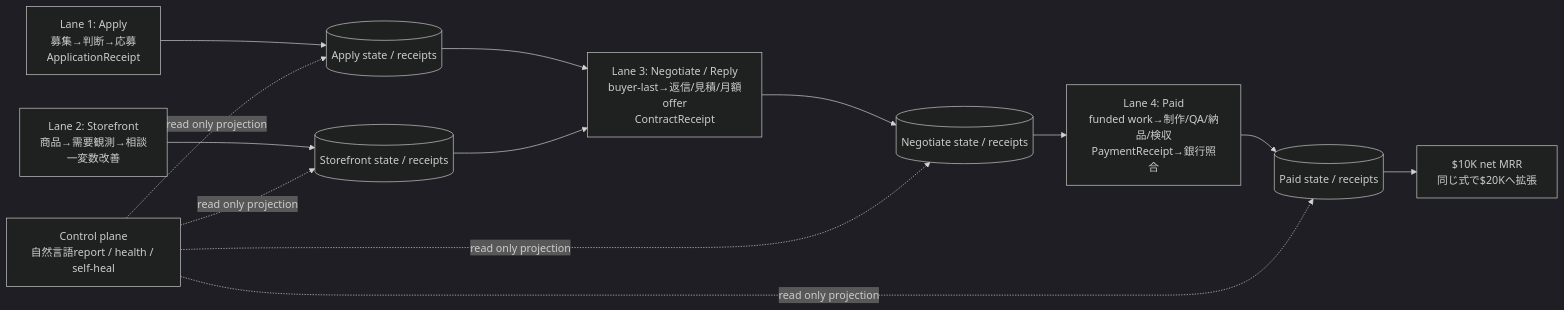
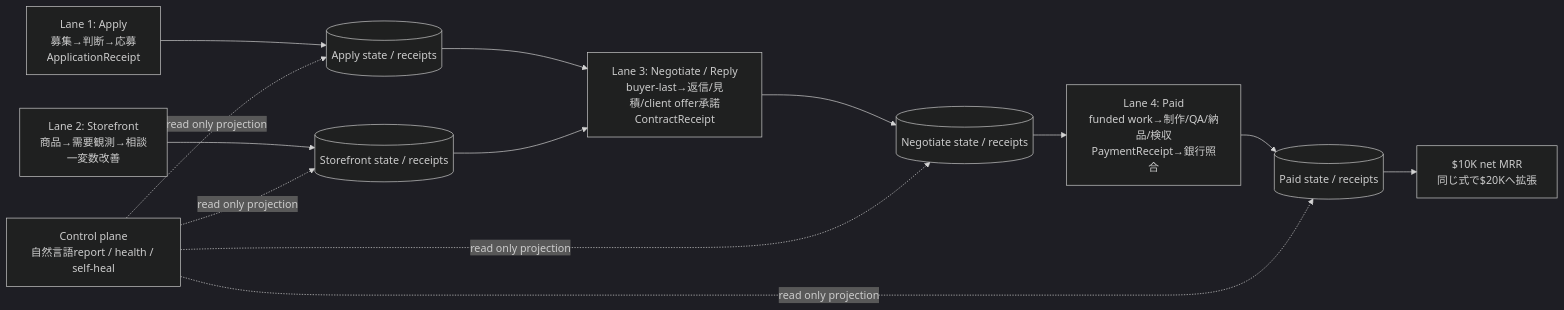
The fifth of 5 diagrams in docs/superpowers/specs/2026-08-13-lancers-20k-net-mrr-design.md (Daisuke134/anicca), drawn with Mermaid (dark theme) before and after one commit. The commit also changed other lines of this file, not shown here.

Commit message:
docs(lancers): align contract direction

````diff
--- a/docs/superpowers/specs/2026-08-13-lancers-20k-net-mrr-design.md
+++ b/docs/superpowers/specs/2026-08-13-lancers-20k-net-mrr-design.md
@@ -1743,22 +1744,22 @@
 ```mermaid
 flowchart LR
   A[Lane 1: Apply<br/>募集→判断→応募<br/>ApplicationReceipt]
   B[Lane 2: Storefront<br/>商品→需要観測→相談<br/>一変数改善]
-  N[Lane 3: Negotiate / Reply<br/>buyer-last→返信/見積/月額offer<br/>ContractReceipt]
+  N[Lane 3: Negotiate / Reply<br/>buyer-last→返信/見積/client offer承諾<br/>ContractReceipt]
   P[Lane 4: Paid<br/>funded work→制作/QA/納品/検収<br/>PaymentReceipt→銀行照合]
   AR[(Apply state / receipts)]
   BR[(Storefront state / receipts)]
   NR[(Negotiate state / receipts)]
   PR[(Paid state / receipts)]
   R[$10K net MRR<br/>同じ式で$20Kへ拡張]
   C[Control plane<br/>自然言語report / health / self-heal]
 
   A --> AR --> N
   B --> BR --> N
   N --> NR --> P
   P --> PR --> R
   C -. read only projection .-> AR
   C -. read only projection .-> BR
   C -. read only projection .-> NR
   C -. read only projection .-> PR
 ```
````
